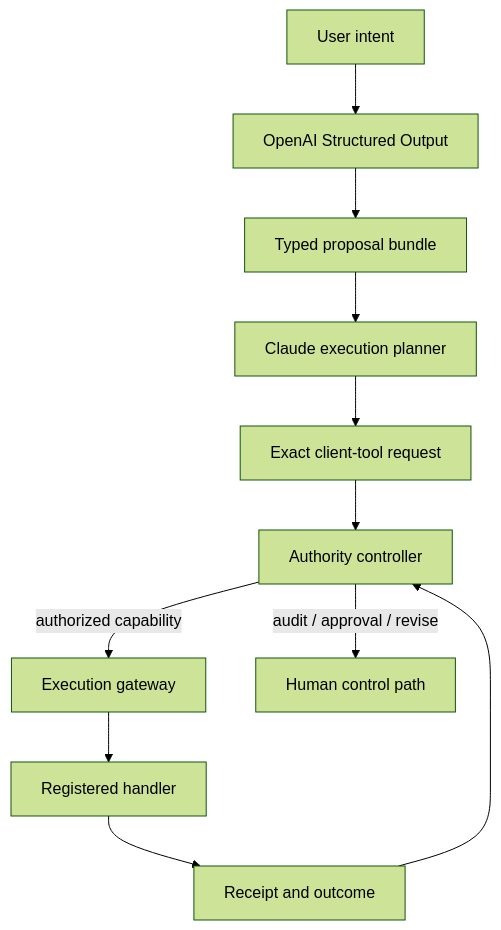
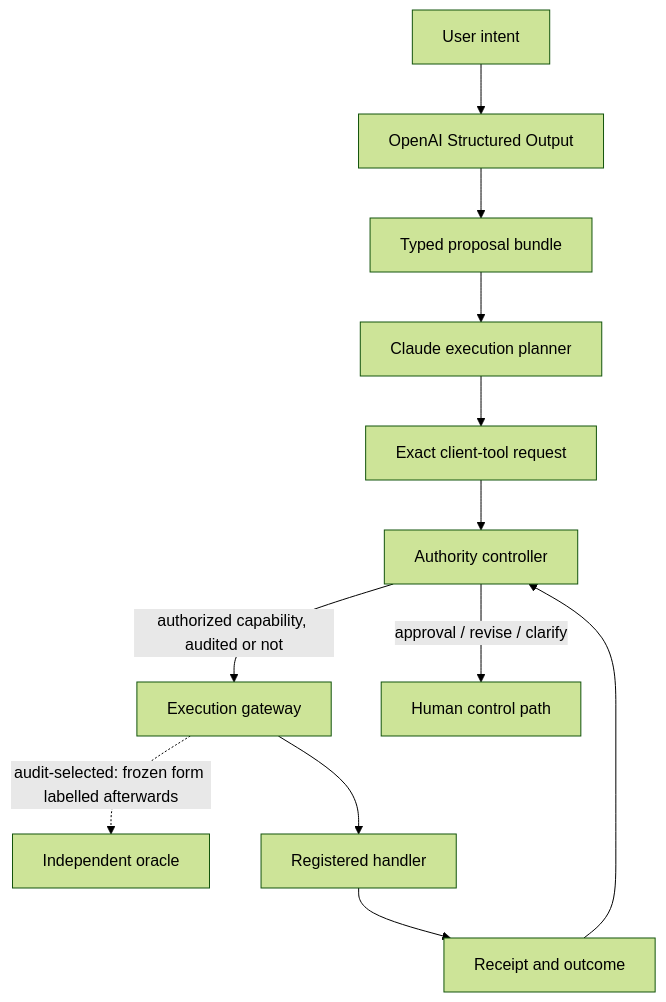
Before and after one commit to jasoneplumb/exe-auth-ctrl-loop: the diagram in README.md, drawn with Mermaid (forest theme). The commit also changed other lines of this file and 156 other files, not shown here.

````diff
--- a/README.md
+++ b/README.md
@@ -89,13 +89,14 @@
 ```mermaid
 flowchart TD
     A["User intent"] --> B["OpenAI Structured Output"]
     B --> C["Typed proposal bundle"]
     C --> D["Claude execution planner"]
     D --> E["Exact client-tool request"]
     E --> F["Authority controller"]
-    F -->|authorized capability| G["Execution gateway"]
-    F -->|audit / approval / revise| H["Human control path"]
+    F -->|authorized capability, audited or not| G["Execution gateway"]
+    F -->|approval / revise / clarify| H["Human control path"]
+    G -.->|audit-selected: frozen form labelled afterwards| K["Independent oracle"]
     G --> I["Registered handler"]
     I --> J["Receipt and outcome"]
     J --> F
 ```
````
